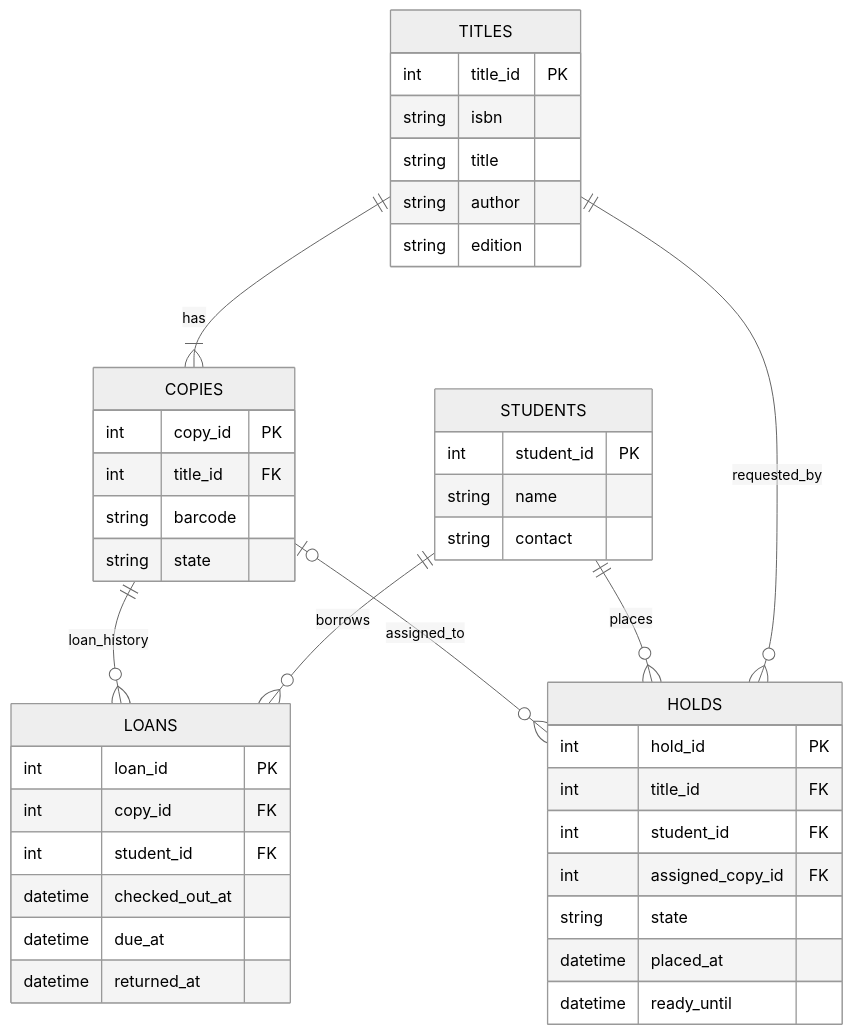
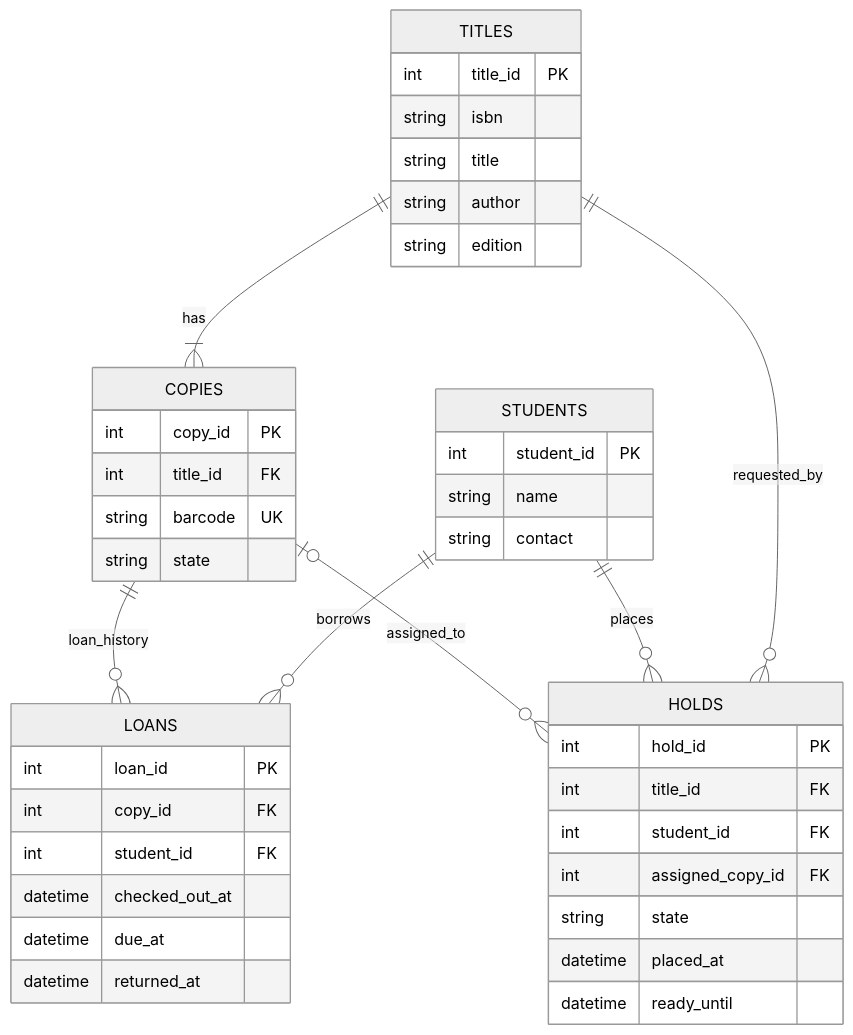
Before and after one commit to ehuerta6/bloomberg-interview-practice: the second of 2 diagrams in solutions/system-design/05-library-book-loans-holds.md, drawn with Mermaid (neutral theme). The commit also changed 16 other files, not shown here.

````diff
--- a/solutions/system-design/05-library-book-loans-holds.md
+++ b/solutions/system-design/05-library-book-loans-holds.md
@@ -42,45 +42,45 @@
 ```mermaid
 erDiagram
     TITLES ||--|{ COPIES : has
     TITLES ||--o{ HOLDS : requested_by
     STUDENTS ||--o{ HOLDS : places
     STUDENTS ||--o{ LOANS : borrows
     COPIES ||--o{ LOANS : loan_history
     COPIES o|--o{ HOLDS : assigned_to
 
     TITLES {
         int title_id PK
         string isbn
         string title
         string author
         string edition
     }
     COPIES {
         int copy_id PK
         int title_id FK
-        string barcode
+        string barcode UK
         string state
     }
     STUDENTS {
         int student_id PK
         string name
         string contact
     }
     LOANS {
         int loan_id PK
         int copy_id FK
         int student_id FK
         datetime checked_out_at
         datetime due_at
         datetime returned_at
     }
     HOLDS {
         int hold_id PK
         int title_id FK
         int student_id FK
         int assigned_copy_id FK
         string state
         datetime placed_at
         datetime ready_until
     }
 ```
````
